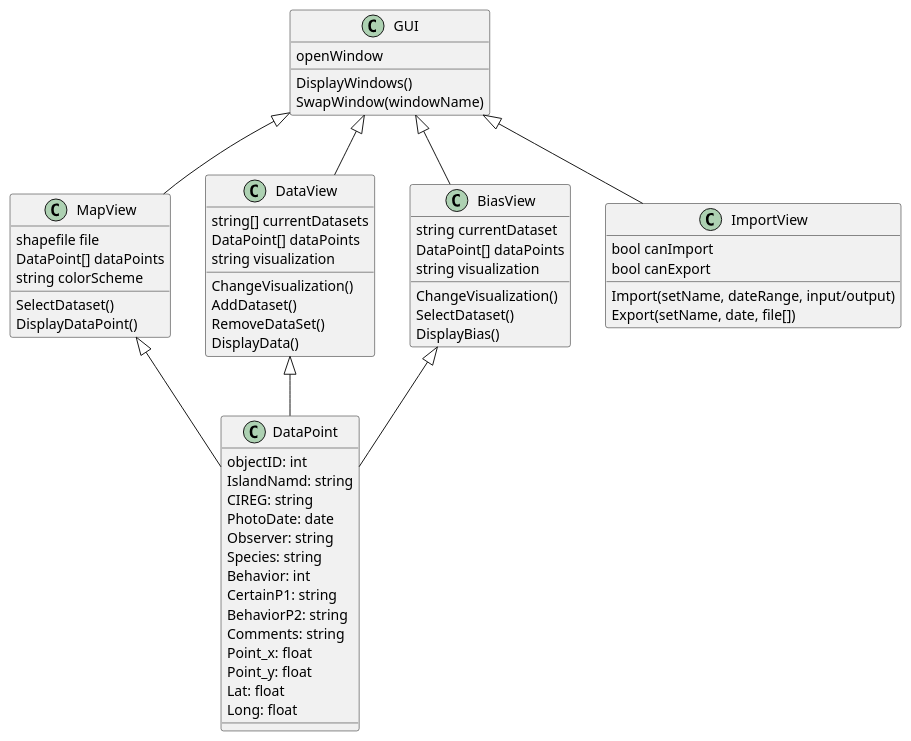
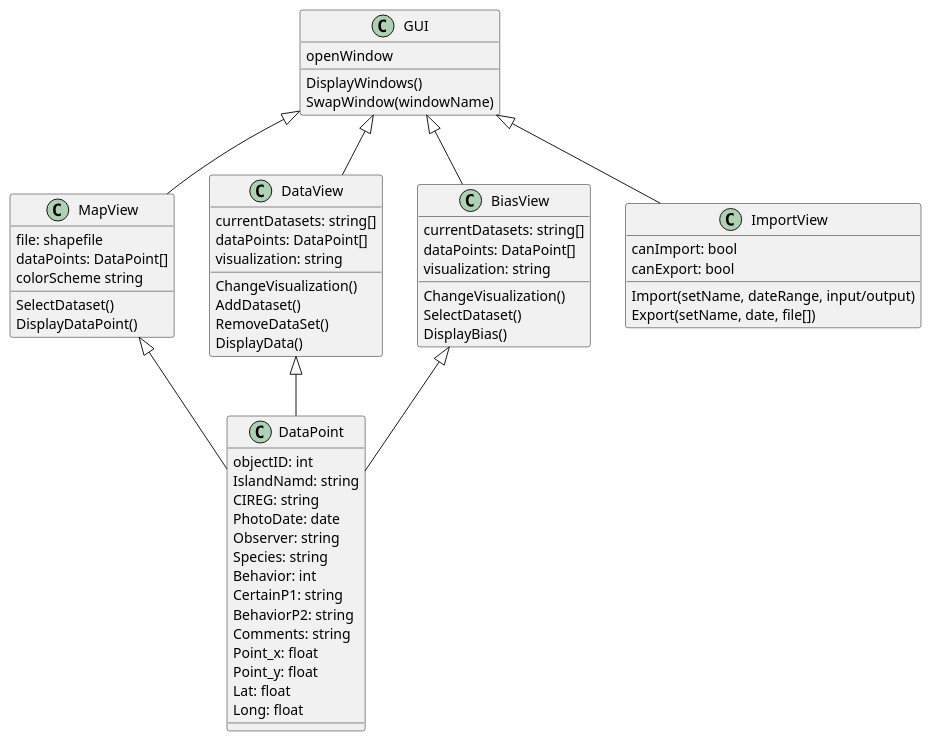
The diagram in Documentation/Deliverables/Software_Design_Document/source/Decomposition_View.wsd (birdspotter-project/COS397), drawn with PlantUML before and after one commit.

```diff
--- a/Documentation/Deliverables/Software_Design_Document/source/Decomposition_View.wsd
+++ b/Documentation/Deliverables/Software_Design_Document/source/Decomposition_View.wsd
@@ -1,66 +1,66 @@
 @startuml
 Class GUI{
     openWindow
     DisplayWindows()
     SwapWindow(windowName)
 }
 Class MapView{
-    shapefile file
-    DataPoint[] dataPoints
-    string colorScheme
+    file: shapefile
+    dataPoints: DataPoint[]
+    colorScheme string
 
     SelectDataset()
     DisplayDataPoint()
 }
 Class DataView{
-    string[] currentDatasets
-    DataPoint[] dataPoints
-    string visualization
+    currentDatasets: string[]
+    dataPoints: DataPoint[]
+    visualization: string
 
     ChangeVisualization()
     AddDataset()
     RemoveDataSet()
     DisplayData()
 }
 Class BiasView{
-    string currentDataset
-    DataPoint[] dataPoints
-    string visualization
+    currentDatasets: string[]
+    dataPoints: DataPoint[]
+    visualization: string
 
     ChangeVisualization()
     SelectDataset()
     DisplayBias()
 }
 Class ImportView{
-    bool canImport
-    bool canExport
+    canImport: bool
+    canExport: bool
 
     Import(setName, dateRange, input/output)
     Export(setName, date, file[])
 
 }
 Class DataPoint{
     objectID: int
     IslandNamd: string
     CIREG: string
     PhotoDate: date
     Observer: string
     Species: string
     Behavior: int
     CertainP1: string
     BehaviorP2: string
     Comments: string
     Point_x: float
     Point_y: float
     Lat: float
     Long: float
 }
 
 GUI <|-- MapView
 GUI <|-- BiasView
 GUI <|-- DataView
 GUI <|-- ImportView
 MapView <|-- DataPoint
 DataView <|-- DataPoint
 BiasView <|-- DataPoint
 @enduml
```
